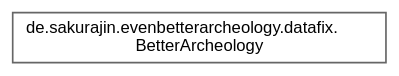
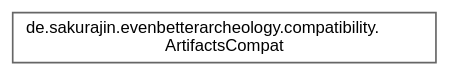
The diagram in inherit_graph_7.dot (noah1510/EvenBetterArcheology), drawn with Graphviz before and after one commit. The commit also changed 197 other files, not shown here.

Commit message:
Deploying to gh-pages from @ noah1510/EvenBetterArcheology@04d2051bd35b8de04aee2b8ba5a16cac231ad4d3 🚀

```diff
--- a/inherit_graph_7.dot
+++ b/inherit_graph_7.dot
@@ -1,9 +1,9 @@
 digraph "Graphical Class Hierarchy"
 {
  // LATEX_PDF_SIZE
   bgcolor="transparent";
   edge [fontname=Helvetica,fontsize=10,labelfontname=Helvetica,labelfontsize=10];
   node [fontname=Helvetica,fontsize=10,shape=box,height=0.2,width=0.4];
   rankdir="LR";
-  Node0 [label="de.sakurajin.evenbetterarcheology.datafix.\lBetterArcheology",height=0.2,width=0.4,color="grey40", fillcolor="white", style="filled",URL="$classde_1_1sakurajin_1_1evenbetterarcheology_1_1datafix_1_1BetterArcheology.html",tooltip=" "];
+  Node0 [label="de.sakurajin.evenbetterarcheology.compatibility.\lArtifactsCompat",height=0.2,width=0.4,color="grey40", fillcolor="white", style="filled",URL="$classde_1_1sakurajin_1_1evenbetterarcheology_1_1compatibility_1_1ArtifactsCompat.html",tooltip="This class handles compatibility with the Artifacts mod."];
 }
```
